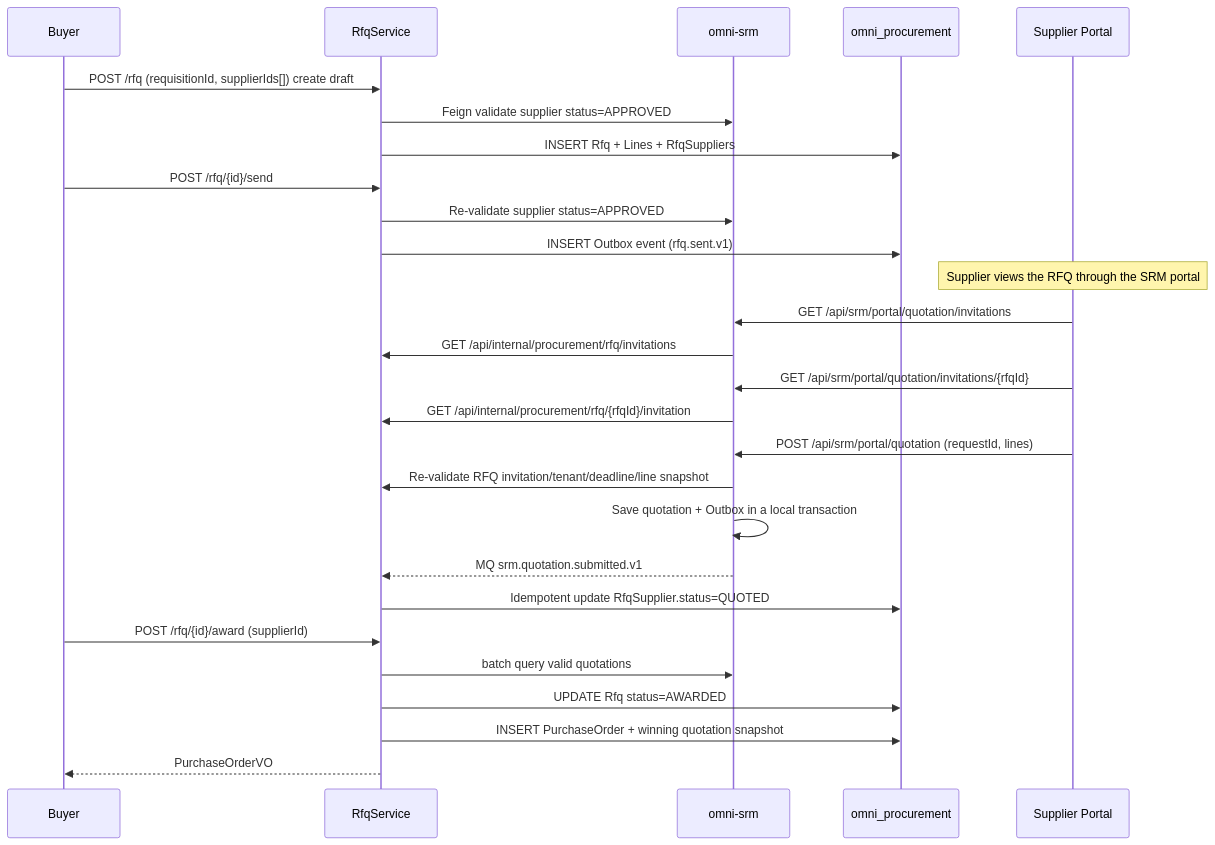
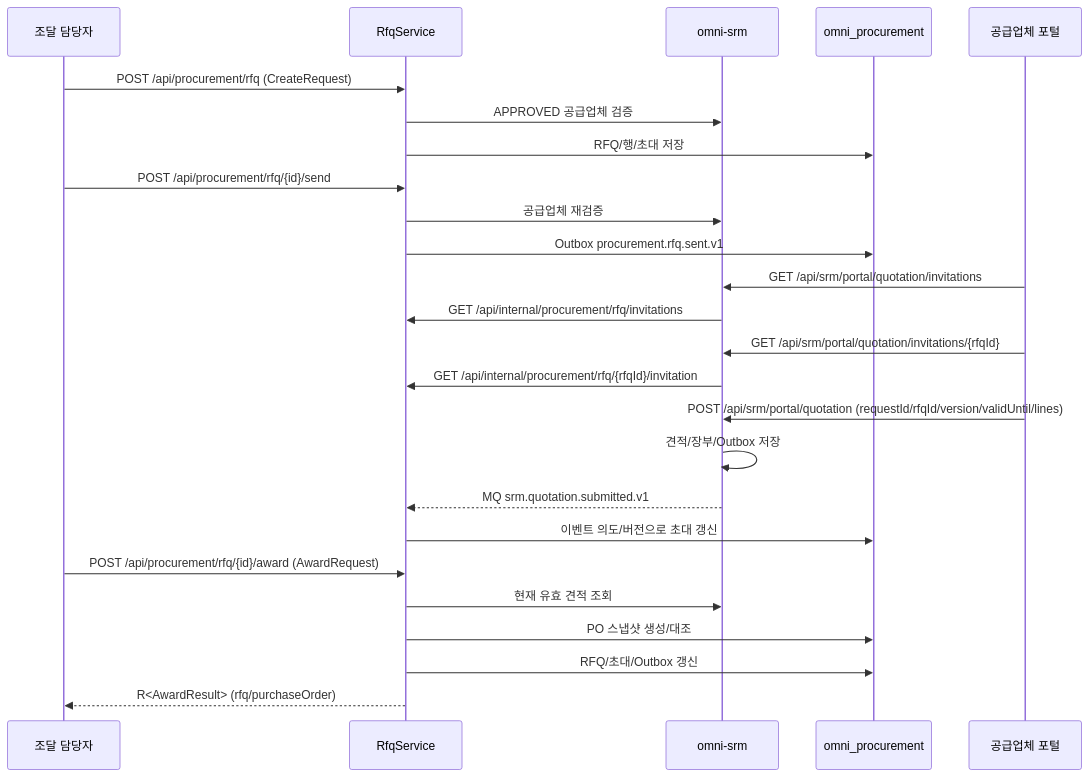
One commit to wang-baohai/Omni-Stack changed the fifth of 7 diagrams in docs/design/procurement-design.kr.md. Above: the diagram before and after it, drawn with Mermaid. The commit also changed other lines of this file and 1095 other files, not shown here.

````diff
--- a/docs/design/procurement-design.kr.md
+++ b/docs/design/procurement-design.kr.md
@@ -280,33 +285,27 @@
 ```mermaid
 sequenceDiagram
-    participant BUYER as Buyer
+    participant BUYER as 조달 담당자
     participant S as RfqService
     participant SRM as omni-srm
     participant DB as omni_procurement
-    participant SUP as Supplier Portal
-
-    BUYER->>S: POST /rfq (requisitionId, supplierIds[]) create draft
-    S->>SRM: Feign validate supplier status=APPROVED
-    S->>DB: INSERT Rfq + Lines + RfqSuppliers
-    BUYER->>S: POST /rfq/{id}/send
-    S->>SRM: Re-validate supplier status=APPROVED
-    S->>DB: INSERT Outbox event (rfq.sent.v1)
-
-    Note over SUP: Supplier views the RFQ through the SRM portal
-
+    participant SUP as 공급업체 포털
+    BUYER->>S: POST /api/procurement/rfq (CreateRequest)
+    S->>SRM: APPROVED 공급업체 검증
+    S->>DB: RFQ/행/초대 저장
+    BUYER->>S: POST /api/procurement/rfq/{id}/send
+    S->>SRM: 공급업체 재검증
+    S->>DB: Outbox procurement.rfq.sent.v1
     SUP->>SRM: GET /api/srm/portal/quotation/invitations
     SRM->>S: GET /api/internal/procurement/rfq/invitations
     SUP->>SRM: GET /api/srm/portal/quotation/invitations/{rfqId}
     SRM->>S: GET /api/internal/procurement/rfq/{rfqId}/invitation
-    SUP->>SRM: POST /api/srm/portal/quotation (requestId, lines)
-    SRM->>S: Re-validate RFQ invitation/tenant/deadline/line snapshot
-    SRM->>SRM: Save quotation + Outbox in a local transaction
+    SUP->>SRM: POST /api/srm/portal/quotation (requestId/rfqId/version/validUntil/lines)
+    SRM->>SRM: 견적/장부/Outbox 저장
     SRM-->>S: MQ srm.quotation.submitted.v1
-    S->>DB: Idempotent update RfqSupplier.status=QUOTED
-
-    BUYER->>S: POST /rfq/{id}/award (supplierId)
-    S->>SRM: batch query valid quotations
-    S->>DB: UPDATE Rfq status=AWARDED
-    S->>DB: INSERT PurchaseOrder + winning quotation snapshot
-    S-->>BUYER: PurchaseOrderVO
+    S->>DB: 이벤트 의도/버전으로 초대 갱신
+    BUYER->>S: POST /api/procurement/rfq/{id}/award (AwardRequest)
+    S->>SRM: 현재 유효 견적 조회
+    S->>DB: PO 스냅샷 생성/대조
+    S->>DB: RFQ/초대/Outbox 갱신
+    S-->>BUYER: R<AwardResult> (rfq/purchaseOrder)
 ```
````
